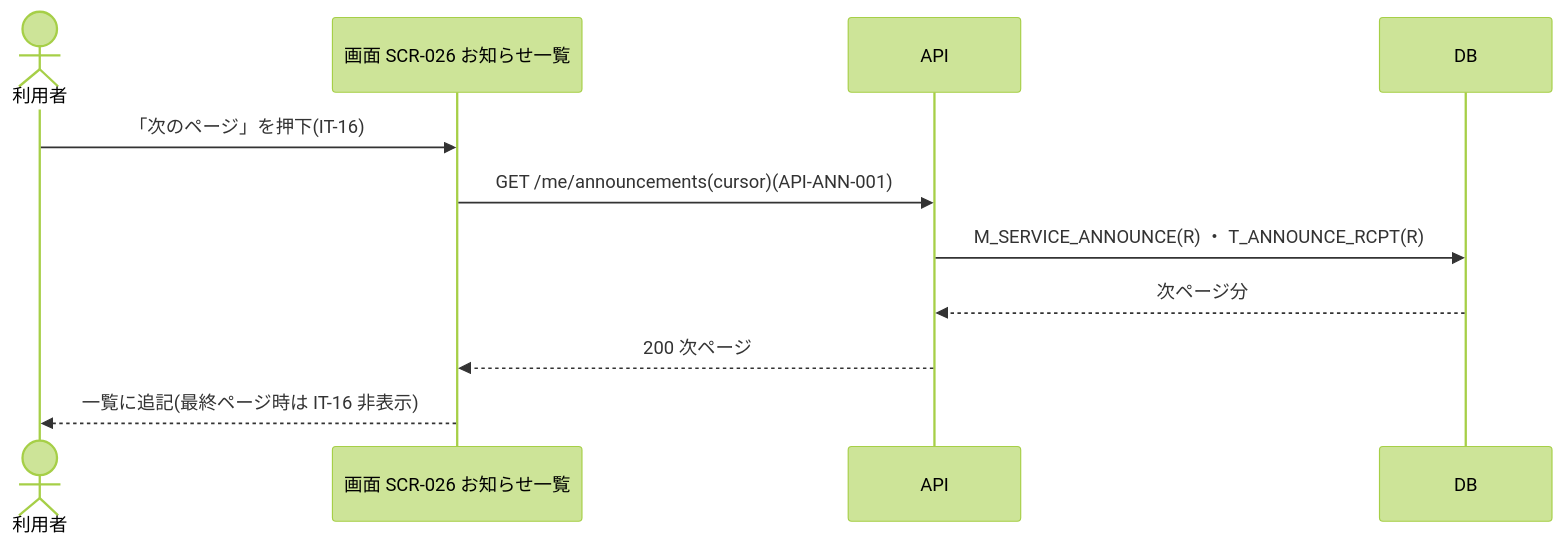
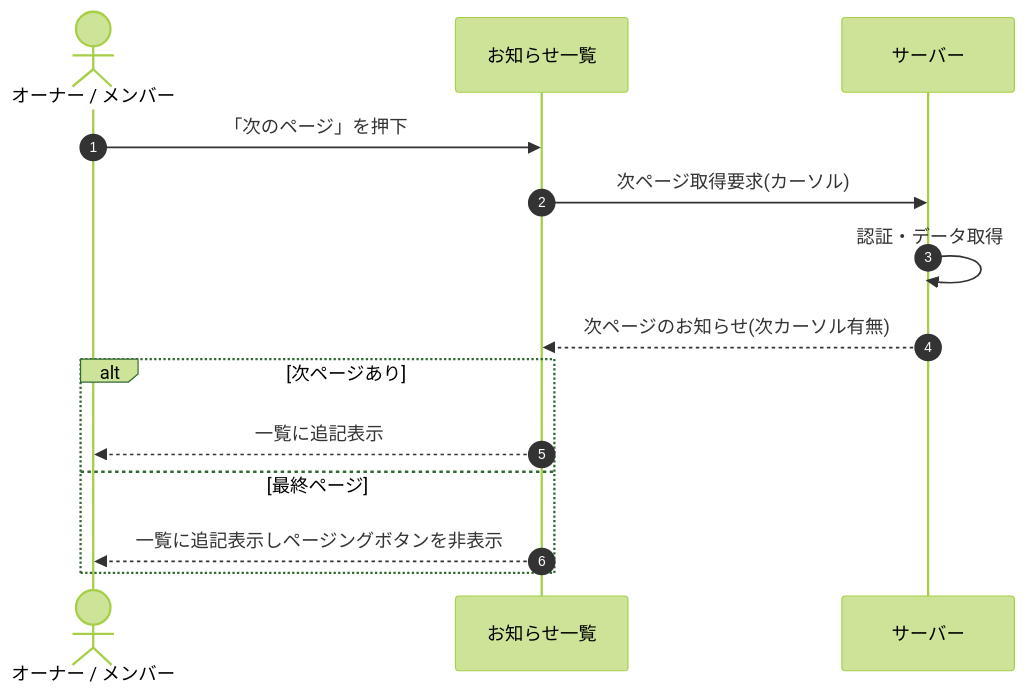
One commit to sikakou54/open-faq changed the diagram in 02_basic_design/05_sequences/SEQ-062.md. Above: the diagram before and after it, drawn with Mermaid (forest theme). The commit also changed other lines of this file and 108 other files, not shown here.

First line of the commit message:
基本設計: シーケンス図を基本設計粒度(ユーザー/画面/サーバー)へ再編成

````diff
--- a/02_basic_design/05_sequences/SEQ-062.md
+++ b/02_basic_design/05_sequences/SEQ-062.md
@@ -25,13 +32,16 @@
 ```mermaid
 sequenceDiagram
-  actor U as 利用者
-  participant S as 画面 SCR-026 お知らせ一覧
-  participant API as API
-  participant DB as DB
-  U->>S: 「次のページ」を押下(IT-16)
-  S->>API: GET /me/announcements(cursor)(API-ANN-001)
-  API->>DB: M_SERVICE_ANNOUNCE(R) ・ T_ANNOUNCE_RCPT(R)
-  DB-->>API: 次ページ分
-  API-->>S: 200 次ページ
-  S-->>U: 一覧に追記(最終ページ時は IT-16 非表示)
+  autonumber
+  actor U as オーナー / メンバー
+  participant Screen as お知らせ一覧
+  participant Server as サーバー
+  U->>Screen: 「次のページ」を押下
+  Screen->>Server: 次ページ取得要求(カーソル)
+  Server->>Server: 認証・データ取得
+  Server-->>Screen: 次ページのお知らせ(次カーソル有無)
+  alt 次ページあり
+    Screen-->>U: 一覧に追記表示
+  else 最終ページ
+    Screen-->>U: 一覧に追記表示しページングボタンを非表示
+  end
 ```
````
